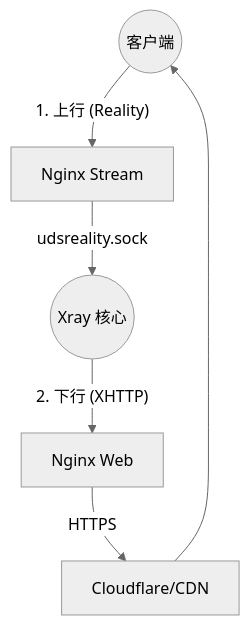
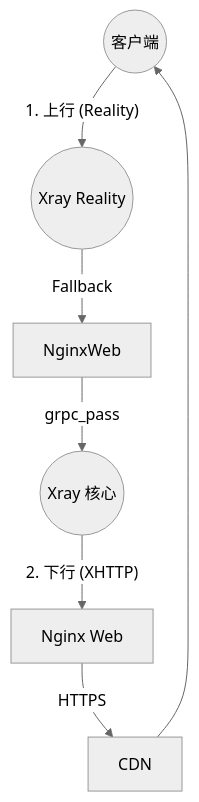
Before and after one commit to currycan/key: the eighth of 9 diagrams in docker/sb-xray/docs/client-configs.md, drawn with Mermaid (neutral theme). The commit also changed other lines of this file and 4 other files, not shown here.

````diff
--- a/docker/sb-xray/docs/client-configs.md
+++ b/docker/sb-xray/docs/client-configs.md
@@ -284,15 +321,10 @@
     ```mermaid
     graph TB
-        User((客户端))
-        NginxStream[Nginx Stream]
-        NginxWeb[Nginx Web]
-        CDN[Cloudflare/CDN]
-        Xray((Xray 核心))
+        User((客户端)) -- 1. 上行 (Reality) --> RealityIn((Xray Reality))
+        RealityIn -- Fallback --> NginxWeb
+        NginxWeb -- grpc_pass --> Xray((Xray 核心))
 
-        User -- 1. 上行 (Reality) --> NginxStream
-        NginxStream -- udsreality.sock --> Xray
-
-        Xray -- 2. 下行 (XHTTP) --> NginxWeb
-        NginxWeb -- HTTPS --> CDN
+        Xray -- 2. 下行 (XHTTP) --> NginxWeb2[Nginx Web]
+        NginxWeb2 -- HTTPS --> CDN
         CDN --> User
     ```
````
